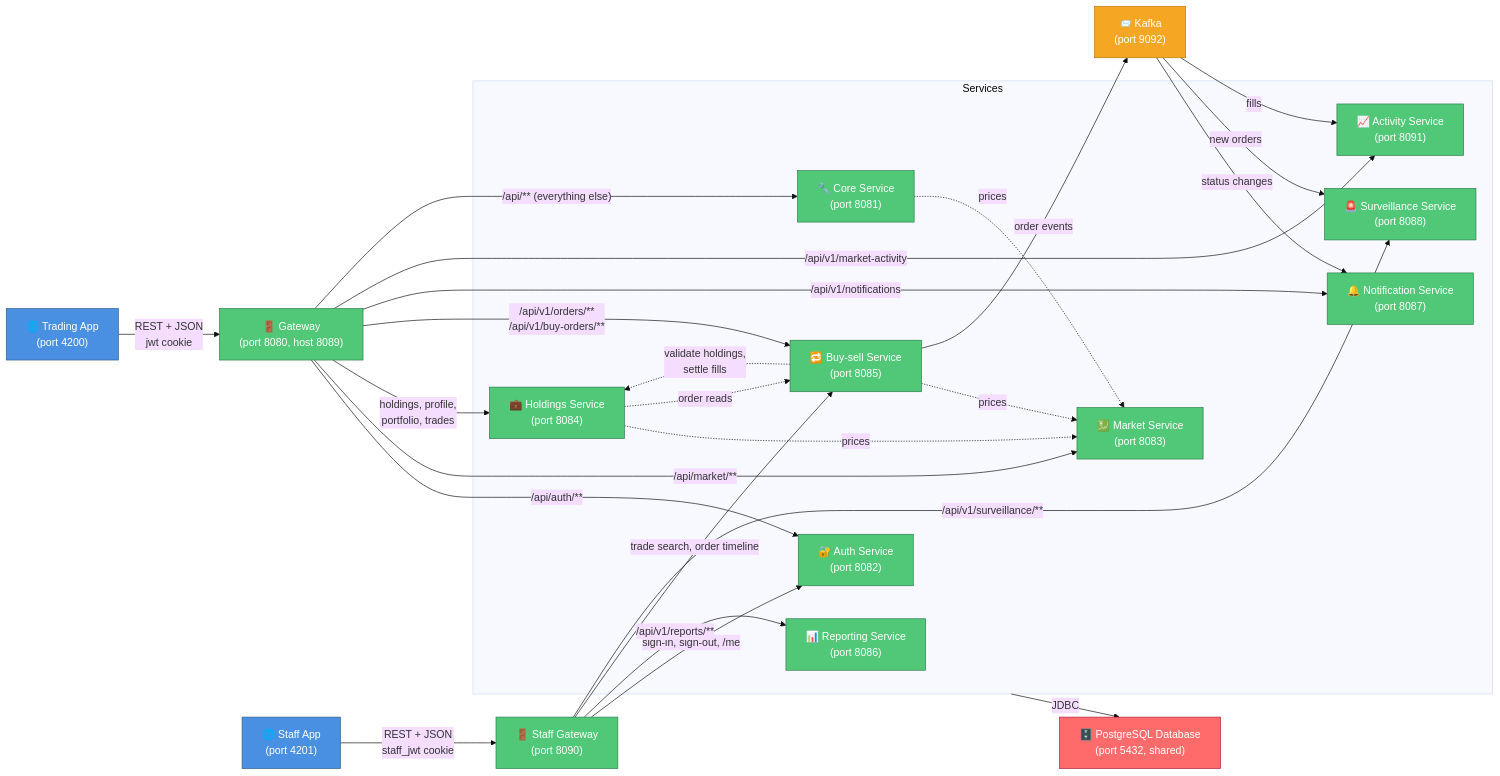
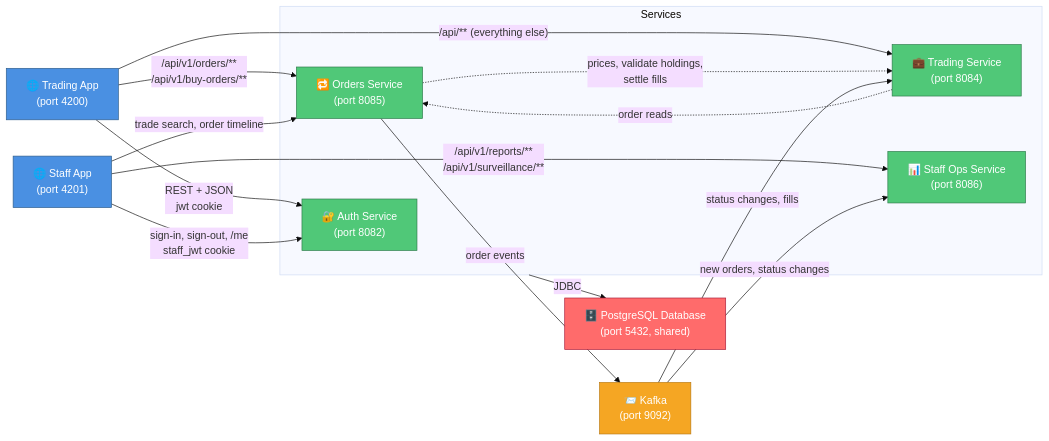
The first of 5 diagrams in README.md (aditya0774/LeMarketJames), drawn with Mermaid (base theme) before and after one commit. The commit also changed other lines of this file and 554 other files, not shown here.

````diff
--- a/README.md
+++ b/README.md
@@ -129,53 +137,35 @@
 ```mermaid
 flowchart LR
-    A["🌐 Trading App<br/>(port 4200)"] -->|"REST + JSON<br/>jwt cookie"| G["🚪 Gateway<br/>(port 8080, host 8089)"]
-    S["🌐 Staff App<br/>(port 4201)"] -->|"REST + JSON<br/>staff_jwt cookie"| SG["🚪 Staff Gateway<br/>(port 8090)"]
+    A["🌐 Trading App<br/>(port 4200)"] -->|"REST + JSON<br/>jwt cookie"| AU
+    A -->|"/api/v1/orders/**<br/>/api/v1/buy-orders/**"| OR
+    A -->|"/api/** (everything else)"| TR
+    S["🌐 Staff App<br/>(port 4201)"] -->|"sign-in, sign-out, /me<br/>staff_jwt cookie"| AU
+    S -->|"trade search, order timeline"| OR
+    S -->|"/api/v1/reports/**<br/>/api/v1/surveillance/**"| SO
 
     subgraph SV["Services"]
         AU["🔐 Auth Service<br/>(port 8082)"]
-        CO["🔧 Core Service<br/>(port 8081)"]
-        MK["💹 Market Service<br/>(port 8083)"]
-        HO["💼 Holdings Service<br/>(port 8084)"]
-        BS["🔁 Buy-sell Service<br/>(port 8085)"]
-        RE["📊 Reporting Service<br/>(port 8086)"]
-        NO["🔔 Notification Service<br/>(port 8087)"]
-        SU["🚨 Surveillance Service<br/>(port 8088)"]
-        AC["📈 Activity Service<br/>(port 8091)"]
+        OR["🔁 Orders Service<br/>(port 8085)"]
+        TR["💼 Trading Service<br/>(port 8084)"]
+        SO["📊 Staff Ops Service<br/>(port 8086)"]
     end
 
-    G -->|"/api/auth/**"| AU
-    G -->|"/api/market/**"| MK
-    G -->|"holdings, profile,<br/>portfolio, trades"| HO
-    G -->|"/api/v1/orders/**<br/>/api/v1/buy-orders/**"| BS
-    G -->|"/api/v1/notifications"| NO
-    G -->|"/api/v1/market-activity"| AC
-    G -->|"/api/** (everything else)"| CO
+    OR -.->|"prices, validate holdings,<br/>settle fills"| TR
+    TR -.->|"order reads"| OR
 
-    SG -->|"sign-in, sign-out, /me"| AU
-    SG -->|"/api/v1/reports/**"| RE
-    SG -->|"trade search, order timeline"| BS
-    SG -->|"/api/v1/surveillance/**"| SU
-
-    CO -.->|"prices"| MK
-    HO -.->|"prices"| MK
-    BS -.->|"prices"| MK
-    BS -.->|"validate holdings,<br/>settle fills"| HO
-    HO -.->|"order reads"| BS
-
-    BS -->|"order events"| K["📨 Kafka<br/>(port 9092)"]
-    K -->|"status changes"| NO
-    K -->|"new orders"| SU
-    K -->|"fills"| AC
+    OR -->|"order events"| K["📨 Kafka<br/>(port 9092)"]
+    K -->|"status changes, fills"| TR
+    K -->|"new orders, status changes"| SO
 
     SV -->|"JDBC"| C["🗄️ PostgreSQL Database<br/>(port 5432, shared)"]
 
     classDef frontend fill:#4A90E2,stroke:#2E5C8A,color:#fff
     classDef backend fill:#50C878,stroke:#2D7A4A,color:#fff
     classDef database fill:#FF6B6B,stroke:#A91D3A,color:#fff
     classDef broker fill:#F5A623,stroke:#B9770E,color:#fff
 
     class A,S frontend
-    class G,SG,AU,CO,MK,HO,BS,RE,NO,SU,AC backend
+    class AU,OR,TR,SO backend
     class C database
     class K broker
 ```
````
